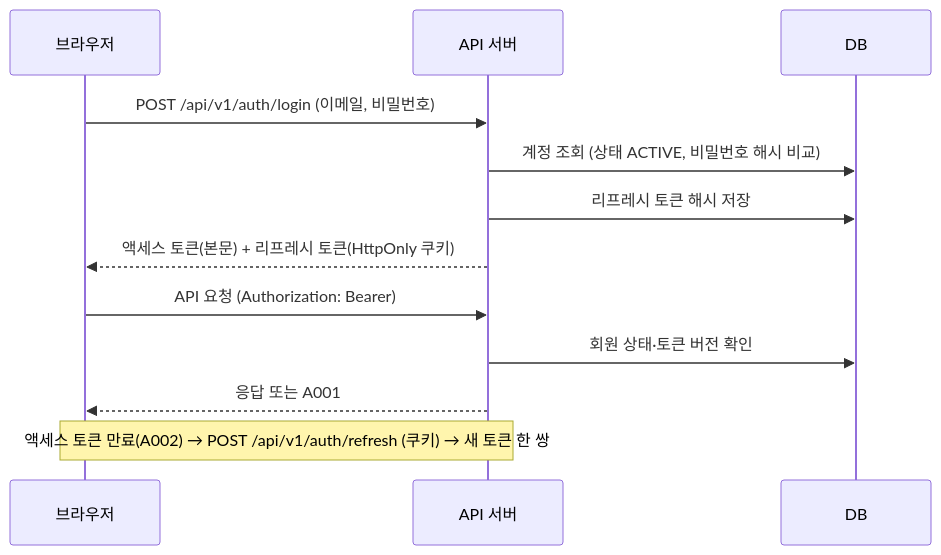
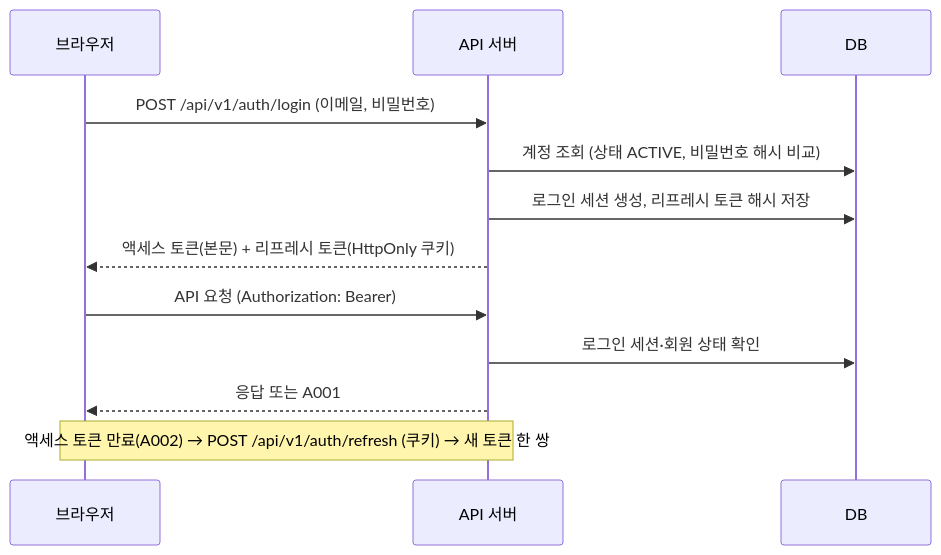
Before and after one commit to melly8954/moa: the diagram in docs/design/security.md, drawn with Mermaid. The commit also changed other lines of this file and 31 other files, not shown here.

````diff
--- a/docs/design/security.md
+++ b/docs/design/security.md
@@ -14,14 +14,14 @@
 ```mermaid
 sequenceDiagram
   participant B as 브라우저
   participant A as API 서버
   participant D as DB
   B->>A: POST /api/v1/auth/login (이메일, 비밀번호)
   A->>D: 계정 조회 (상태 ACTIVE, 비밀번호 해시 비교)
-  A->>D: 리프레시 토큰 해시 저장
+  A->>D: 로그인 세션 생성, 리프레시 토큰 해시 저장
   A-->>B: 액세스 토큰(본문) + 리프레시 토큰(HttpOnly 쿠키)
   B->>A: API 요청 (Authorization: Bearer)
-  A->>D: 회원 상태·토큰 버전 확인
+  A->>D: 로그인 세션·회원 상태 확인
   A-->>B: 응답 또는 A001
   Note over B,A: 액세스 토큰 만료(A002) → POST /api/v1/auth/refresh (쿠키) → 새 토큰 한 쌍
 ```
````
